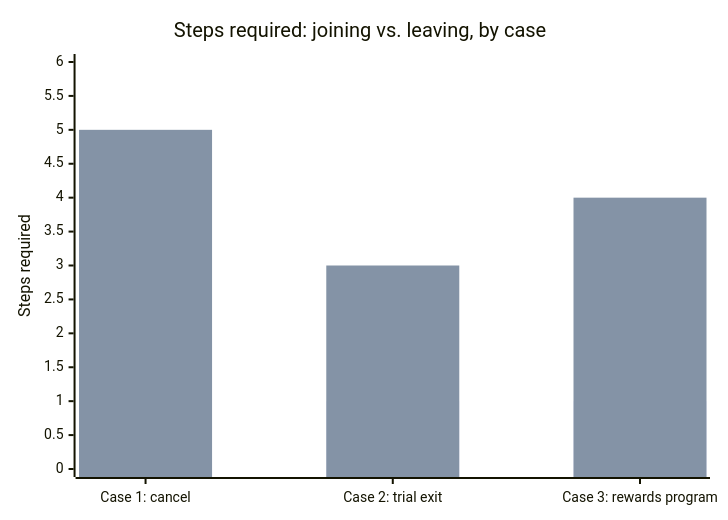
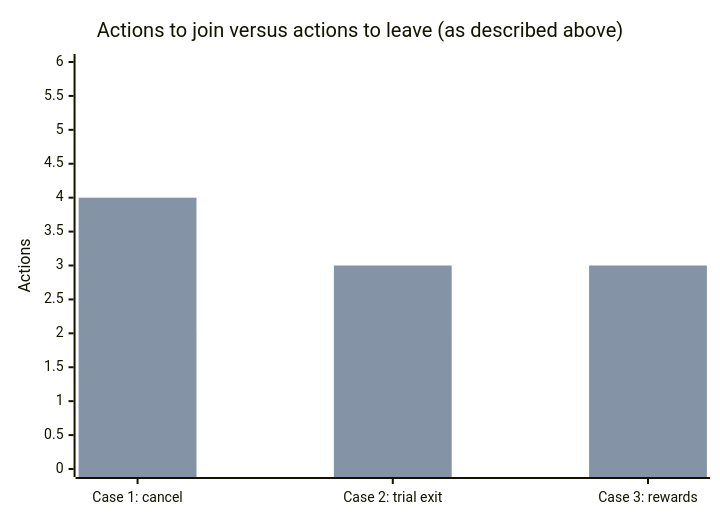
One commit to francoandreDev/knowledge changed the second of 3 diagrams in src/content/design/dark-patterns-ethics/L3-deep-dive.mdx. Above: the diagram before and after it, drawn with Mermaid. The commit also changed other lines of this file and 17 other files, not shown here.

````diff
--- a/src/content/design/dark-patterns-ethics/L3-deep-dive.mdx
+++ b/src/content/design/dark-patterns-ethics/L3-deep-dive.mdx
@@ -85,8 +91,8 @@
 ```mermaid
 xychart-beta
-    title "Steps required: joining vs. leaving, by case"
-    x-axis ["Case 1: cancel", "Case 2: trial exit", "Case 3: rewards program"]
-    y-axis "Steps required" 0 --> 6
-    bar [2, 1, 1]
-    bar [5, 3, 4]
+    title "Actions to join versus actions to leave (as described above)"
+    x-axis ["Case 1: cancel", "Case 2: trial exit", "Case 3: rewards"]
+    y-axis "Actions" 0 --> 6
+    bar [2, 2, 1]
+    bar [4, 3, 3]
 ```
````
